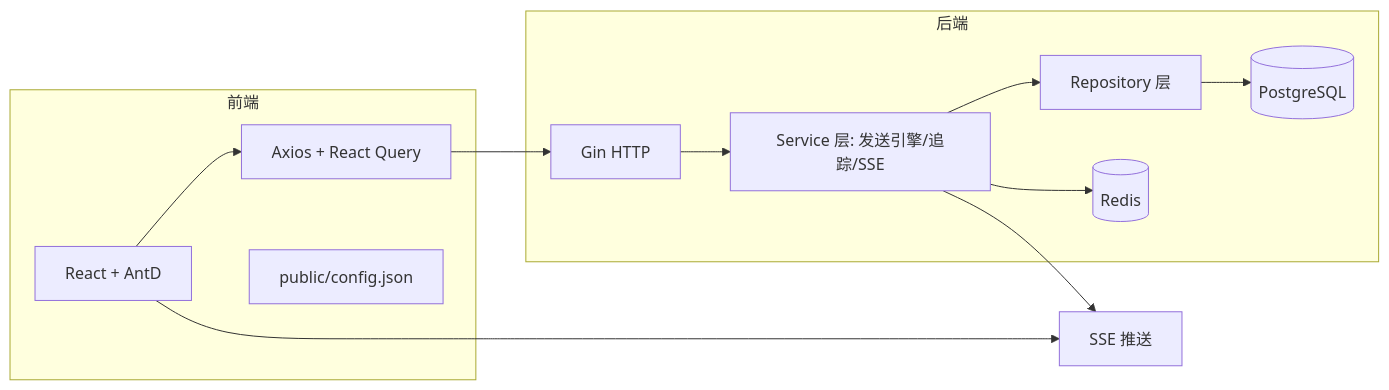
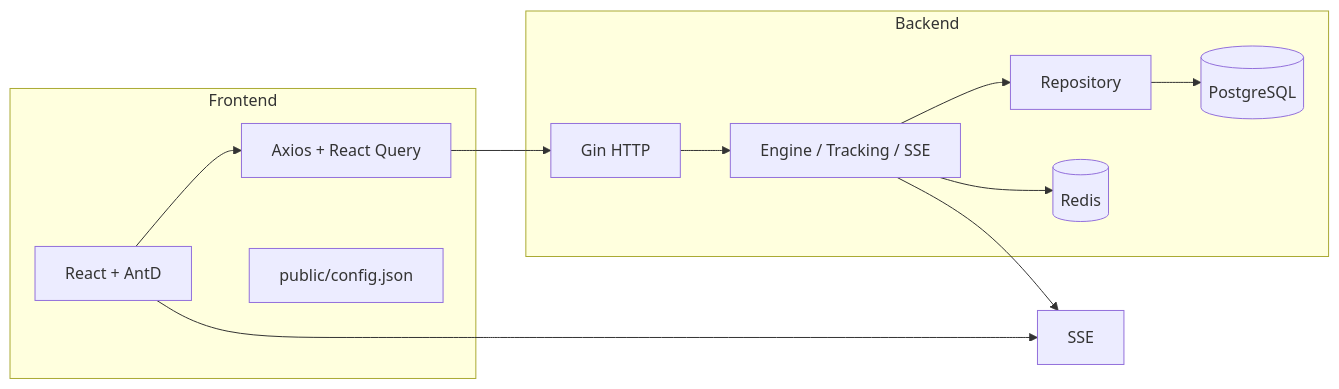
Before and after one commit to HYKINGDOM/golang-email: the first of 2 diagrams in README.md, drawn with Mermaid. The commit also changed other lines of this file and 1 other file, not shown here.

````diff
--- a/README.md
+++ b/README.md
@@ -9,20 +7,20 @@
 ```mermaid
 flowchart LR
-  subgraph Frontend[前端]
+  subgraph Frontend
     UI[React + AntD]
     API[Axios + React Query]
     Config[public/config.json]
   end
-  subgraph Backend[后端]
+  subgraph Backend
     Gin[Gin HTTP]
-    Service[Service 层: 发送引擎/追踪/SSE]
-    Repo[Repository 层]
+    Service[Engine / Tracking / SSE]
+    Repo[Repository]
     DB[(PostgreSQL)]
     Redis[(Redis)]
   end
   UI --> API --> Gin
   Gin --> Service --> Repo --> DB
   Service --> Redis
-  Service --> SSE[SSE 推送]
+  Service --> SSE[SSE]
   UI --> SSE
 ```
````
